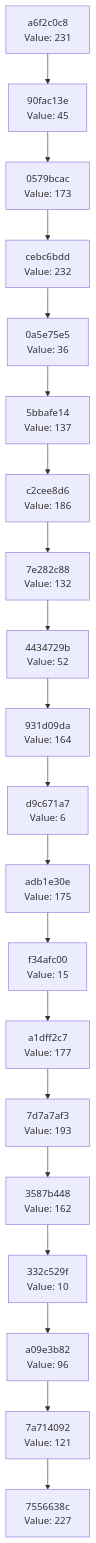
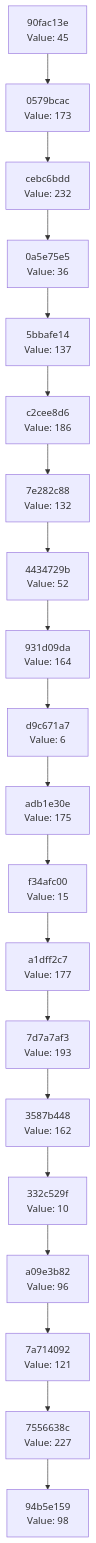
One commit to Abhisheksinha1506/hash-chain-evolver changed the diagram in docs/CHAIN_VISUALIZATION.md. Above: the diagram before and after it, drawn with Mermaid. The commit also changed 3 other files, not shown here.

````diff
--- a/docs/CHAIN_VISUALIZATION.md
+++ b/docs/CHAIN_VISUALIZATION.md
@@ -3,42 +3,42 @@
 ```mermaid
 graph TD
-    C0["7556638c<br/>Value: 227"]
-    C1["7a714092<br/>Value: 121"]
+    C0["94b5e159<br/>Value: 98"]
+    C1["7556638c<br/>Value: 227"]
     C1 --> C0
-    C2["a09e3b82<br/>Value: 96"]
+    C2["7a714092<br/>Value: 121"]
     C2 --> C1
-    C3["332c529f<br/>Value: 10"]
+    C3["a09e3b82<br/>Value: 96"]
     C3 --> C2
-    C4["3587b448<br/>Value: 162"]
+    C4["332c529f<br/>Value: 10"]
     C4 --> C3
-    C5["7d7a7af3<br/>Value: 193"]
+    C5["3587b448<br/>Value: 162"]
     C5 --> C4
-    C6["a1dff2c7<br/>Value: 177"]
+    C6["7d7a7af3<br/>Value: 193"]
     C6 --> C5
-    C7["f34afc00<br/>Value: 15"]
+    C7["a1dff2c7<br/>Value: 177"]
     C7 --> C6
-    C8["adb1e30e<br/>Value: 175"]
+    C8["f34afc00<br/>Value: 15"]
     C8 --> C7
-    C9["d9c671a7<br/>Value: 6"]
+    C9["adb1e30e<br/>Value: 175"]
     C9 --> C8
-    C10["931d09da<br/>Value: 164"]
+    C10["d9c671a7<br/>Value: 6"]
     C10 --> C9
-    C11["4434729b<br/>Value: 52"]
+    C11["931d09da<br/>Value: 164"]
     C11 --> C10
-    C12["7e282c88<br/>Value: 132"]
+    C12["4434729b<br/>Value: 52"]
     C12 --> C11
-    C13["c2cee8d6<br/>Value: 186"]
+    C13["7e282c88<br/>Value: 132"]
     C13 --> C12
-    C14["5bbafe14<br/>Value: 137"]
+    C14["c2cee8d6<br/>Value: 186"]
     C14 --> C13
-    C15["0a5e75e5<br/>Value: 36"]
+    C15["5bbafe14<br/>Value: 137"]
     C15 --> C14
-    C16["cebc6bdd<br/>Value: 232"]
+    C16["0a5e75e5<br/>Value: 36"]
     C16 --> C15
-    C17["0579bcac<br/>Value: 173"]
+    C17["cebc6bdd<br/>Value: 232"]
     C17 --> C16
-    C18["90fac13e<br/>Value: 45"]
+    C18["0579bcac<br/>Value: 173"]
     C18 --> C17
-    C19["a6f2c0c8<br/>Value: 231"]
+    C19["90fac13e<br/>Value: 45"]
     C19 --> C18
 ```
````
